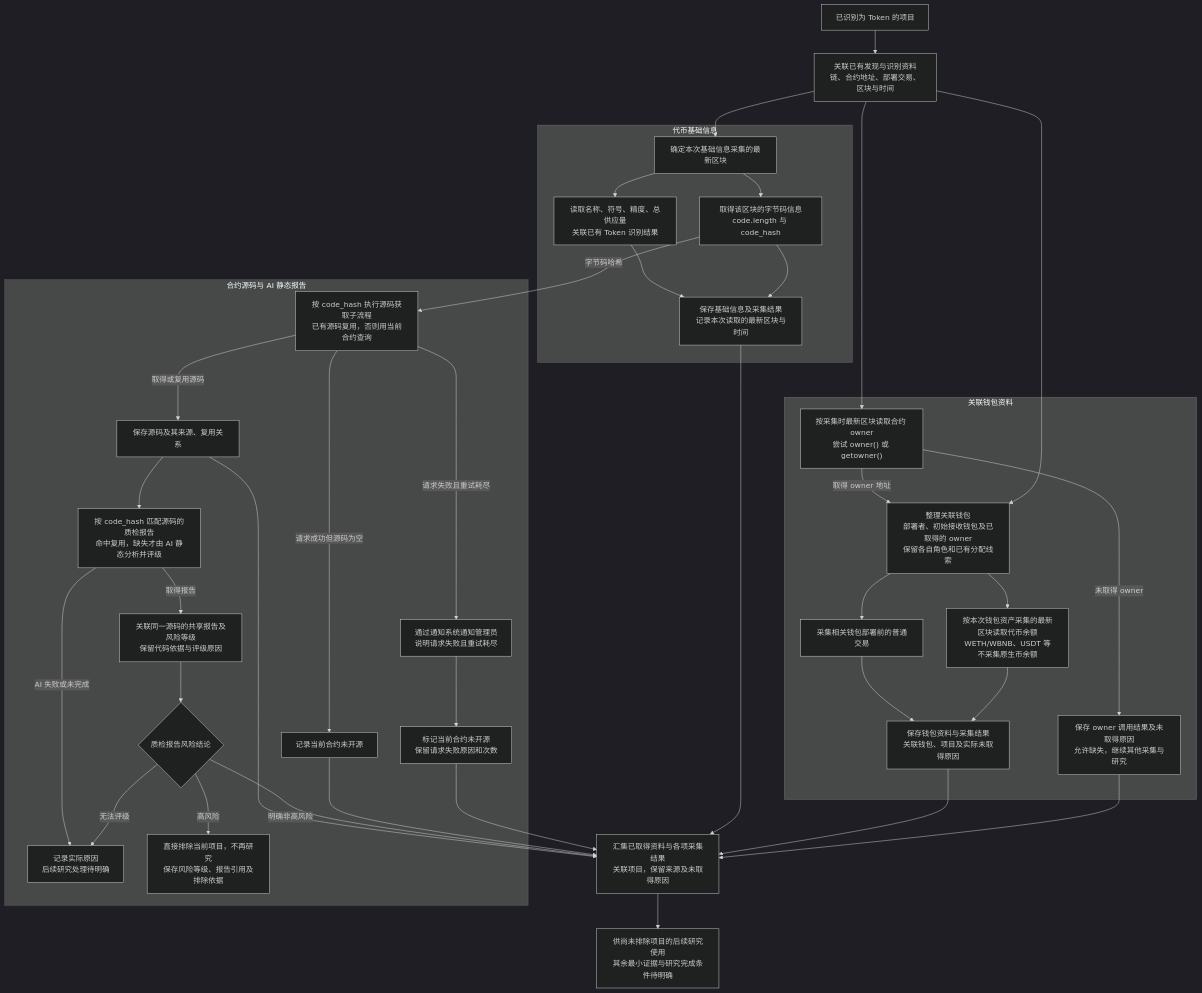
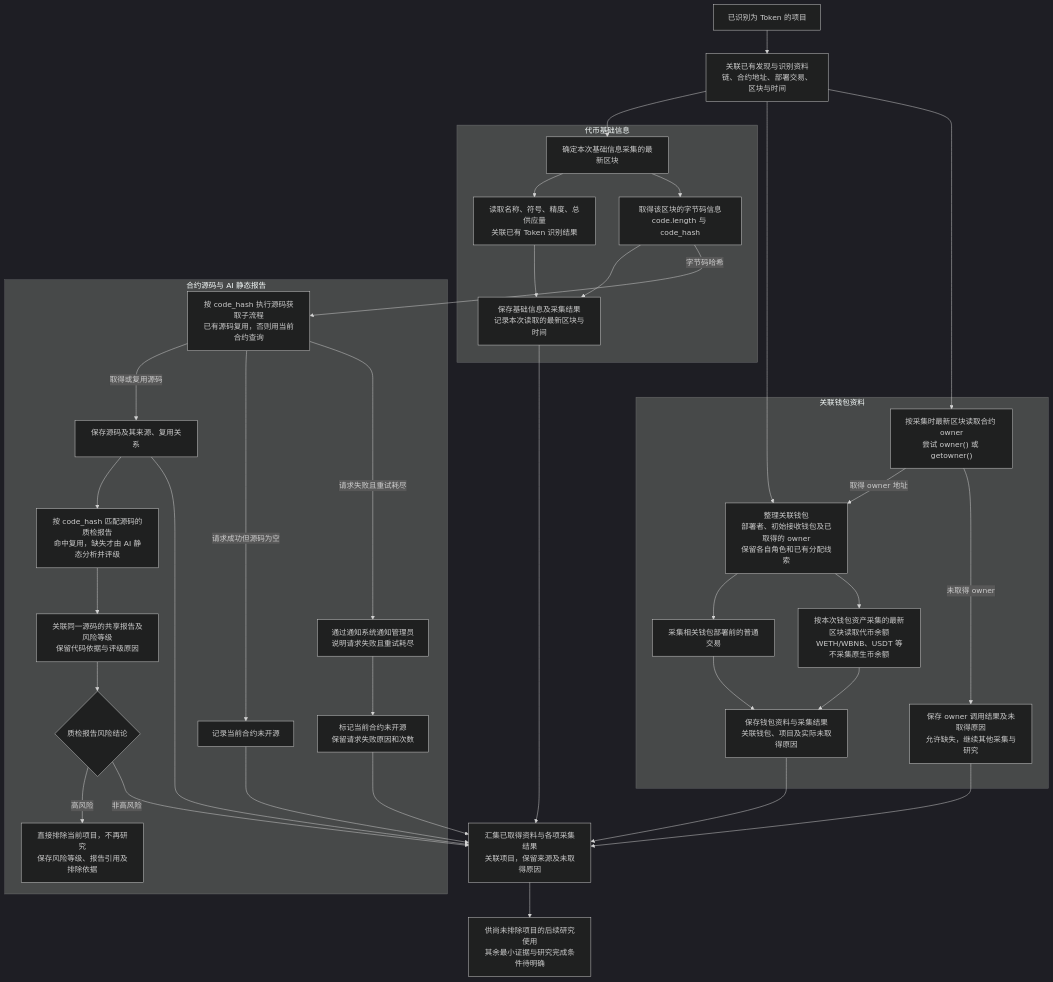
The diagram in docs/project/token-research-materials-flow.md (useryege/athena-o), drawn with Mermaid (dark theme) before and after one commit. The commit also changed other lines of this file and 5 other files, not shown here.

````diff
--- a/docs/project/token-research-materials-flow.md
+++ b/docs/project/token-research-materials-flow.md
@@ -11,62 +11,60 @@
 ```mermaid
 flowchart TD
     A["已识别为 Token 的项目"] --> B["关联已有发现与识别资料<br/>链、合约地址、部署交易、区块与时间"]
 
     subgraph basic["代币基础信息"]
         Q["确定本次基础信息采集的最新区块"]
         C["读取名称、符号、精度、总供应量<br/>关联已有 Token 识别结果"]
         D["取得该区块的字节码信息<br/>code.length 与 code_hash"]
         E["保存基础信息及采集结果<br/>记录本次读取的最新区块与时间"]
         Q --> C
         Q --> D
         C --> E
         D --> E
     end
 
     subgraph source["合约源码与 AI 静态报告"]
         F["按 code_hash 执行源码获取子流程<br/>已有源码复用，否则用当前合约查询"]
         G["保存源码及其来源、复用关系"]
         H["记录当前合约未开源"]
         I["通过通知系统通知管理员<br/>说明请求失败且重试耗尽"]
         I2["标记当前合约未开源<br/>保留请求失败原因和次数"]
         F -->|取得或复用源码| G
         G --> SR["按 code_hash 匹配源码的质检报告<br/>命中复用，缺失才由 AI 静态分析并评级"]
-        SR -->|取得报告| ST["关联同一源码的共享报告及风险等级<br/>保留代码依据与评级原因"]
-        SR -->|AI 失败或未完成| UN["记录实际原因<br/>后续研究处理待明确"]
+        SR --> ST["关联同一源码的共享报告及风险等级<br/>保留代码依据与评级原因"]
         ST --> RISK{"质检报告风险结论"}
         RISK -->|高风险| EX["直接排除当前项目，不再研究<br/>保存风险等级、报告引用及排除依据"]
-        RISK -->|无法评级| UN
         F -->|请求成功但源码为空| H
         F -->|请求失败且重试耗尽| I
         I --> I2
     end
 
     subgraph wallets["关联钱包资料"]
         O["按采集时最新区块读取合约 owner<br/>尝试 owner() 或 getowner()"]
         O2["保存 owner 调用结果及未取得原因<br/>允许缺失，继续其他采集与研究"]
         J["整理关联钱包<br/>部署者、初始接收钱包及已取得的 owner<br/>保留各自角色和已有分配线索"]
         K["采集相关钱包部署前的普通交易"]
         L["按本次钱包资产采集的最新区块读取代币余额<br/>WETH/WBNB、USDT 等<br/>不采集原生币余额"]
         M["保存钱包资料与采集结果<br/>关联钱包、项目及实际未取得原因"]
         O -->|取得 owner 地址| J
         O -->|未取得 owner| O2
         J --> K
         J --> L
         K --> M
         L --> M
     end
 
     B --> Q
     D -->|字节码哈希| F
     B --> J
     B --> O
 
     E --> N["汇集已取得资料与各项采集结果<br/>关联项目，保留来源及未取得原因"]
     G --> N
-    RISK -->|明确非高风险| N
+    RISK -->|非高风险| N
     H --> N
     I2 --> N
     M --> N
     O2 --> N
     N --> P["供尚未排除项目的后续研究使用<br/>其余最小证据与研究完成条件待明确"]
 ```
````
